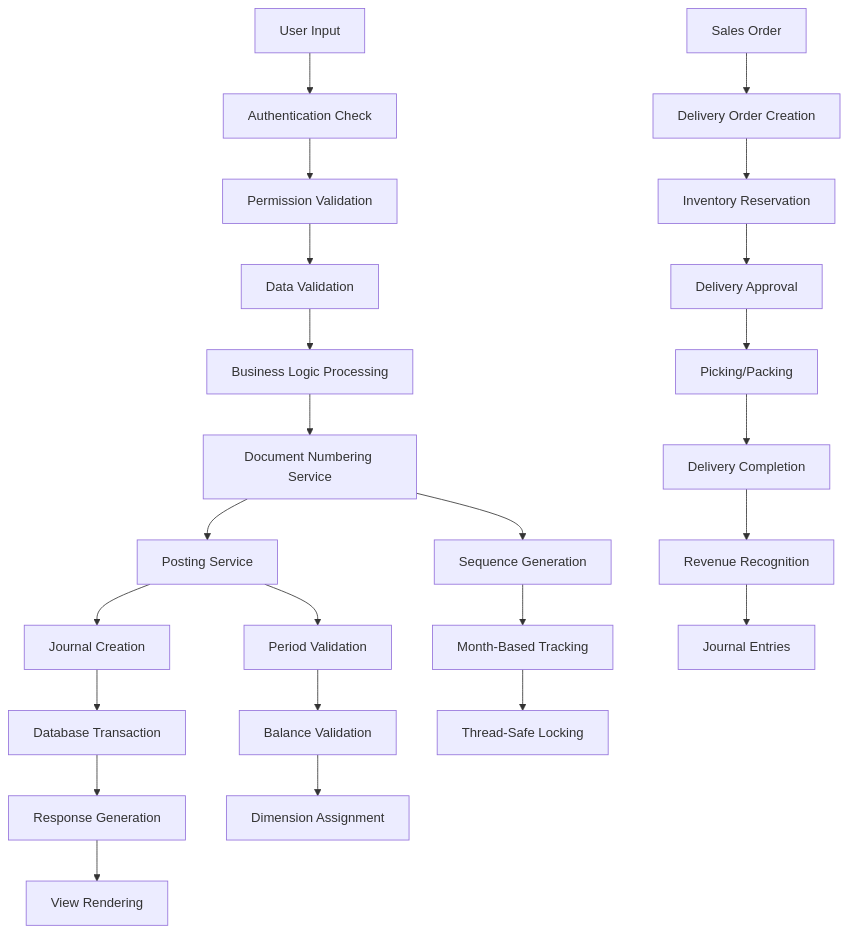
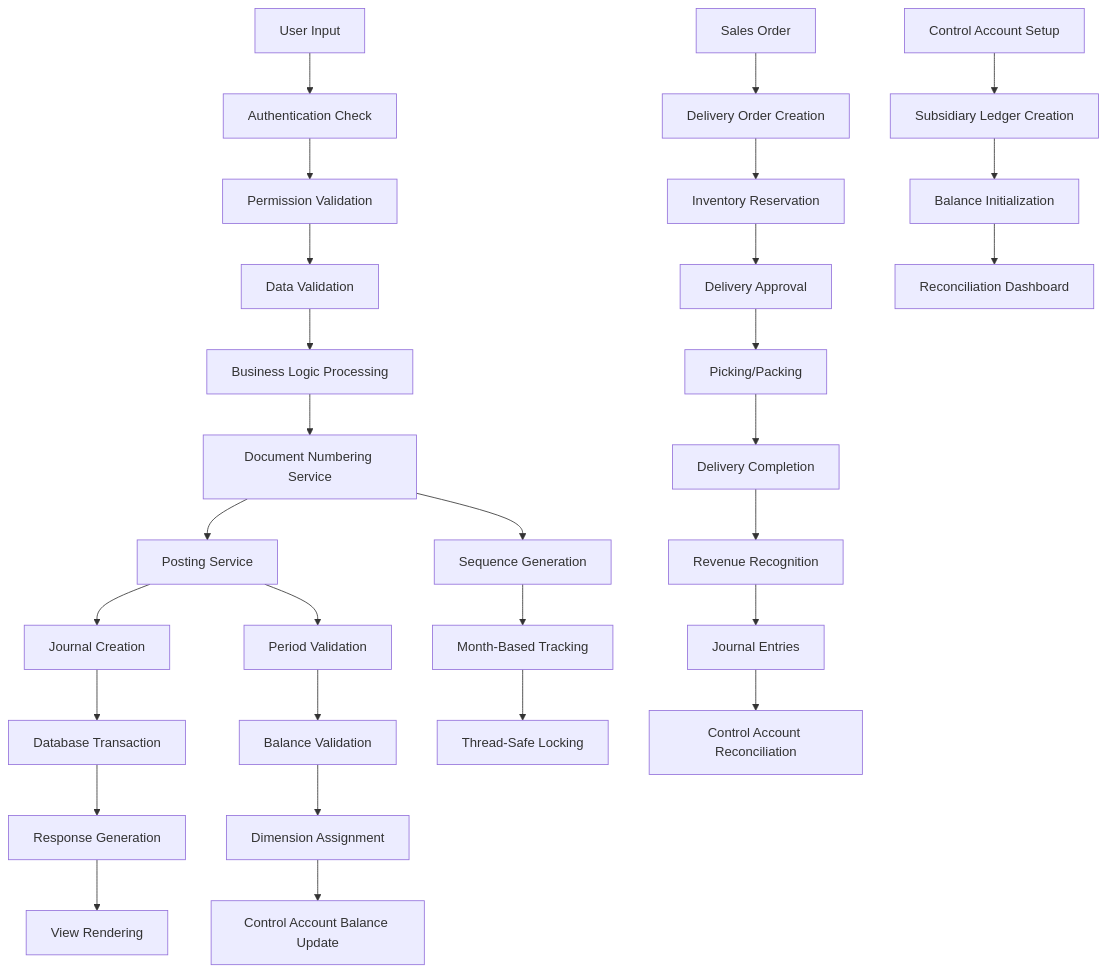
The first of 2 diagrams in docs/architecture.md (rachmanj/sarang-erp-laravel), drawn with Mermaid before and after one commit. The commit also changed other lines of this file and 28 other files, not shown here.

First line of the commit message:
Implement Product Category CRUD Interface and Control Account System

````diff
--- a/docs/architecture.md
+++ b/docs/architecture.md
@@ -444,29 +467,35 @@
 ```mermaid
 graph TD
     A[User Input] --> B[Authentication Check]
     B --> C[Permission Validation]
     C --> D[Data Validation]
     D --> E[Business Logic Processing]
     E --> F[Document Numbering Service]
     F --> G[Posting Service]
     G --> H[Journal Creation]
     H --> I[Database Transaction]
     I --> J[Response Generation]
     J --> K[View Rendering]
 
     F --> L[Sequence Generation]
     L --> M[Month-Based Tracking]
     M --> N[Thread-Safe Locking]
 
     G --> O[Period Validation]
     O --> P[Balance Validation]
     P --> Q[Dimension Assignment]
+    Q --> R[Control Account Balance Update]
 
-    R[Sales Order] --> S[Delivery Order Creation]
-    S --> T[Inventory Reservation]
-    T --> U[Delivery Approval]
-    U --> V[Picking/Packing]
-    V --> W[Delivery Completion]
-    W --> X[Revenue Recognition]
-    X --> Y[Journal Entries]
+    S[Sales Order] --> T[Delivery Order Creation]
+    T --> U[Inventory Reservation]
+    U --> V[Delivery Approval]
+    V --> W[Picking/Packing]
+    W --> X[Delivery Completion]
+    X --> Y[Revenue Recognition]
+    Y --> Z[Journal Entries]
+    Z --> AA[Control Account Reconciliation]
+
+    BB[Control Account Setup] --> CC[Subsidiary Ledger Creation]
+    CC --> DD[Balance Initialization]
+    DD --> EE[Reconciliation Dashboard]
 ```
````
